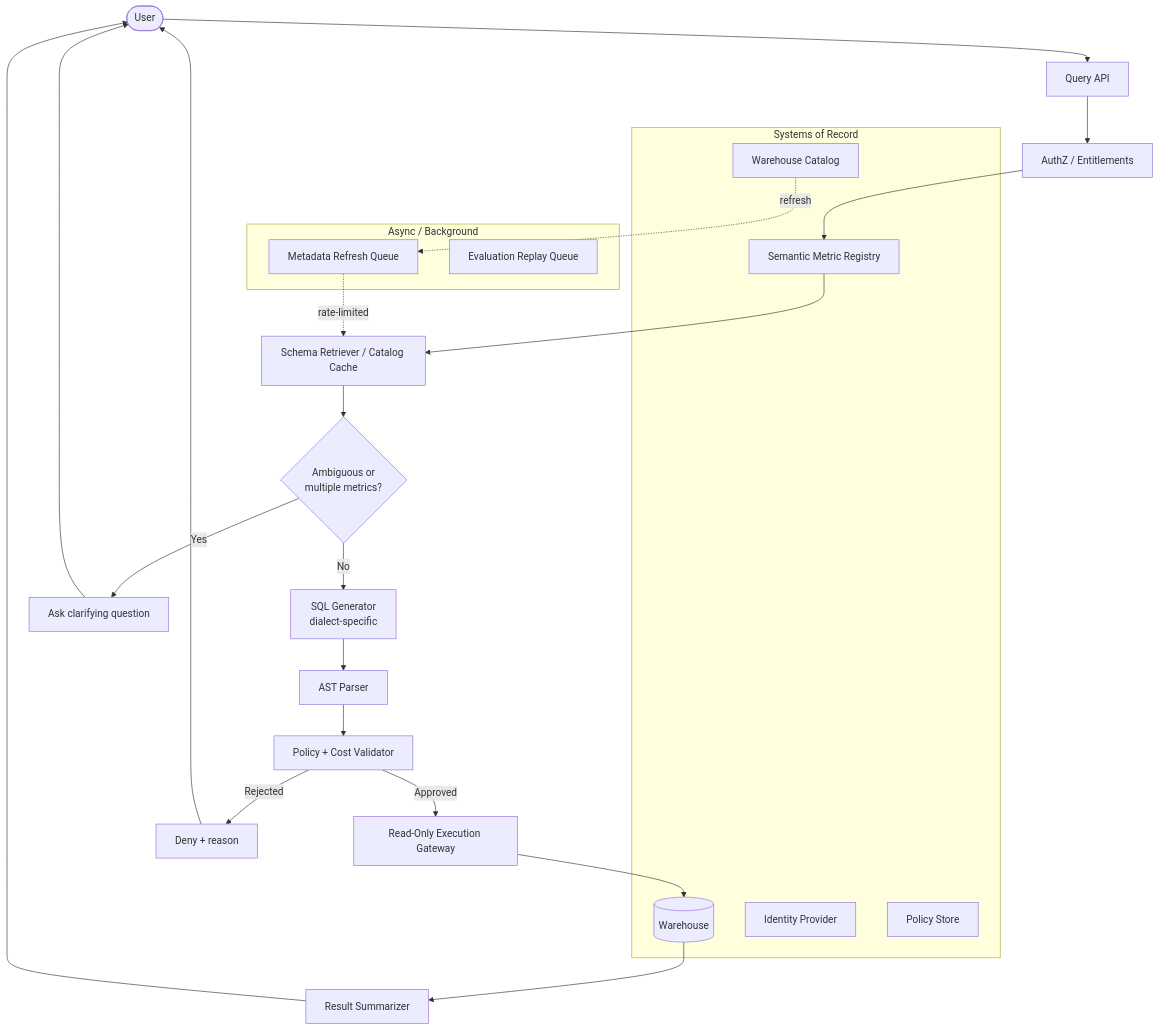
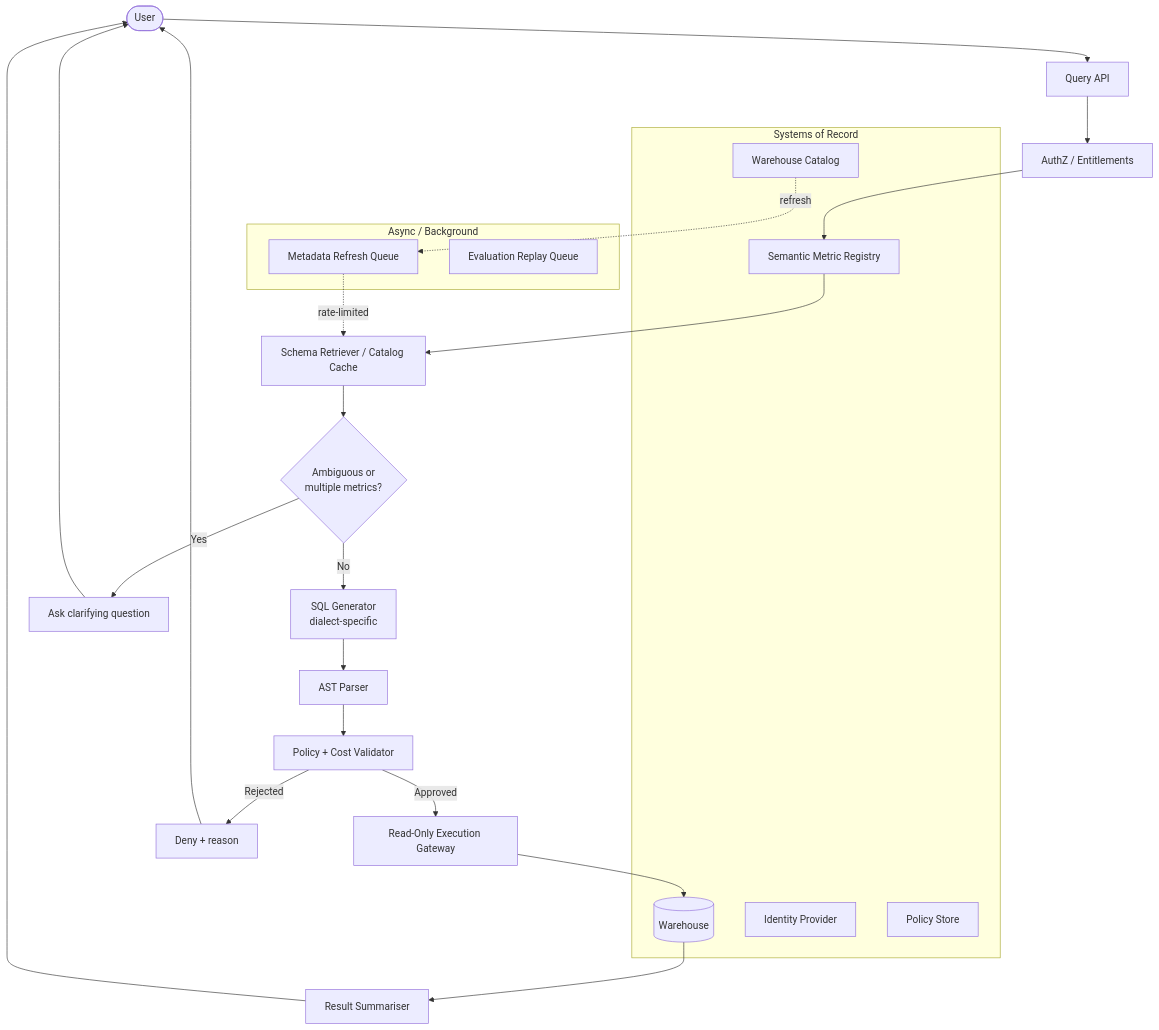
Before and after one commit to Sourav692/Forward-Deployed-Engineer-Interview-Prep: the first of 2 diagrams in site/content/modules/15-fde-case-studies/knowledge-retrieval/nl-over-governed-data/full-pack-part-2.md, drawn with Mermaid. The commit also changed other lines of this file and 191 other files, not shown here.

First line of the commit message:
content: British spellings inside diagrams (AF-06)

````diff
--- a/site/content/modules/15-fde-case-studies/knowledge-retrieval/nl-over-governed-data/full-pack-part-2.md
+++ b/site/content/modules/15-fde-case-studies/knowledge-retrieval/nl-over-governed-data/full-pack-part-2.md
@@ -44,32 +44,32 @@
 ```mermaid
 flowchart TB
     User([User]) --> QueryAPI[Query API]
     QueryAPI --> AuthZ[AuthZ / Entitlements]
     AuthZ --> SemReg[Semantic Metric Registry]
     SemReg --> SchemaCache[Schema Retriever / Catalog Cache]
     SchemaCache --> Ambiguity{Ambiguous or<br/>multiple metrics?}
     Ambiguity -->|Yes| Clarify[Ask clarifying question]
     Clarify --> User
     Ambiguity -->|No| SQLGen[SQL Generator<br/>dialect-specific]
     SQLGen --> ASTParser[AST Parser]
     ASTParser --> PolicyValidator[Policy + Cost Validator]
     PolicyValidator -->|Rejected| Reject[Deny + reason]
     Reject --> User
     PolicyValidator -->|Approved| Gateway[Read-Only Execution Gateway]
     Gateway --> Warehouse[(Warehouse)]
-    Warehouse --> Summarizer[Result Summarizer]
-    Summarizer --> User
+    Warehouse --> Summariser[Result Summariser]
+    Summariser --> User
     subgraph SoR["Systems of Record"]
         IdP[Identity Provider]
         SemReg
         Catalog[Warehouse Catalog]
         Warehouse
         PolicyStore[Policy Store]
     end
     subgraph Queues["Async / Background"]
         RefreshQ[Metadata Refresh Queue]
         EvalQ[Evaluation Replay Queue]
     end
     Catalog -.refresh.-> RefreshQ
     RefreshQ -.rate-limited.-> SchemaCache
 ```
````
